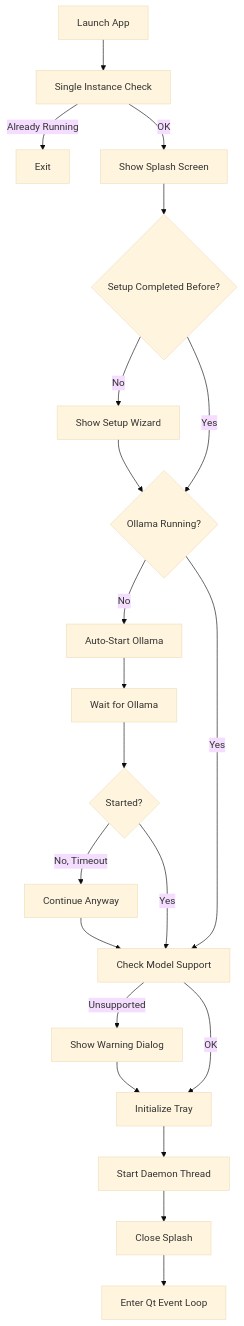
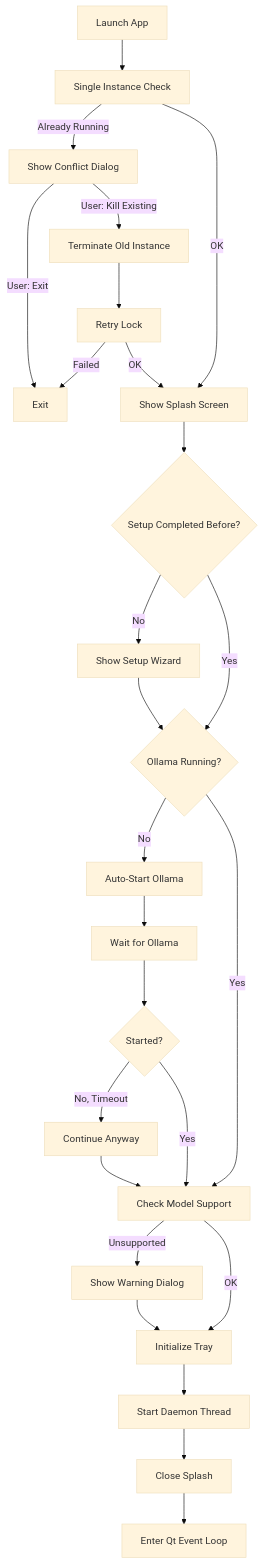
Before and after one commit to isair/jarvis: the first of 2 diagrams in src/desktop_app/desktop_app.spec.md, drawn with Mermaid (base theme). The commit also changed other lines of this file and 1 other file, not shown here.

Commit message:
feat: add dialog to kill existing instance on startup conflict
When Jarvis detects another instance is already running, it now shows
a dialog asking whether to close the existing instance and start fresh,
instead of silently exiting.

Implements #51

````diff
--- a/src/desktop_app/desktop_app.spec.md
+++ b/src/desktop_app/desktop_app.spec.md
@@ -34,23 +34,28 @@
 ```mermaid
 flowchart TD
     A[Launch App] --> B[Single Instance Check]
-    B -->|Already Running| Z[Exit]
+    B -->|Already Running| B2[Show Conflict Dialog]
+    B2 -->|User: Exit| Z[Exit]
+    B2 -->|User: Kill Existing| B3[Terminate Old Instance]
+    B3 --> B4[Retry Lock]
+    B4 -->|Failed| Z
+    B4 -->|OK| C
     B -->|OK| C[Show Splash Screen]
     C --> D{Setup Completed Before?}
     D -->|No| E[Show Setup Wizard]
     D -->|Yes| F{Ollama Running?}
     E --> F
     F -->|No| G[Auto-Start Ollama]
     G --> H[Wait for Ollama]
     H --> I{Started?}
     I -->|No, Timeout| J[Continue Anyway]
     I -->|Yes| K[Check Model Support]
     F -->|Yes| K
     J --> K
     K -->|Unsupported| L[Show Warning Dialog]
     K -->|OK| M[Initialize Tray]
     L --> M
     M --> N[Start Daemon Thread]
     N --> O[Close Splash]
     O --> P[Enter Qt Event Loop]
 ```
````
